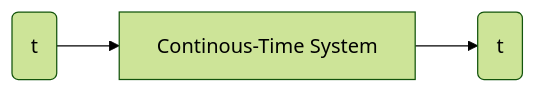
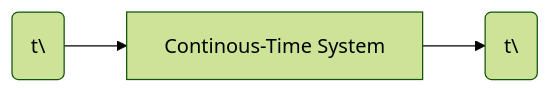
The diagram in signal-processing/kutz/README.md (setrar/dsp), drawn with Mermaid (forest theme) before and after one commit.

````diff
--- a/signal-processing/kutz/README.md
+++ b/signal-processing/kutz/README.md
@@ -49,7 +49,7 @@
 ```mermaid
 %%{init: {"flowchart": {"htmlLabels": false}} }%%
 flowchart LR
-    x(t)-->B[Continous-Time System]
-    B-->y(t)
+    x\(t\)-->B[Continous-Time System]
+    B-->y\(t\)
     class A cssClass
 ```
````
